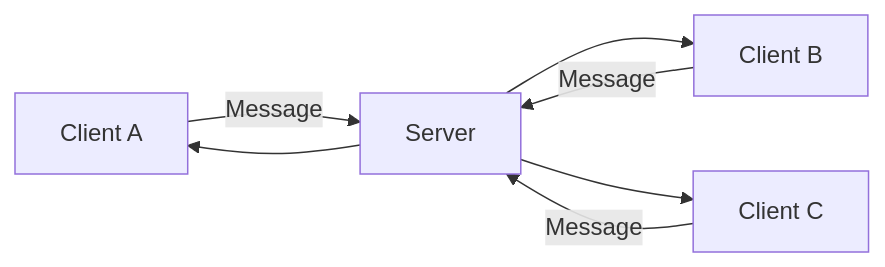
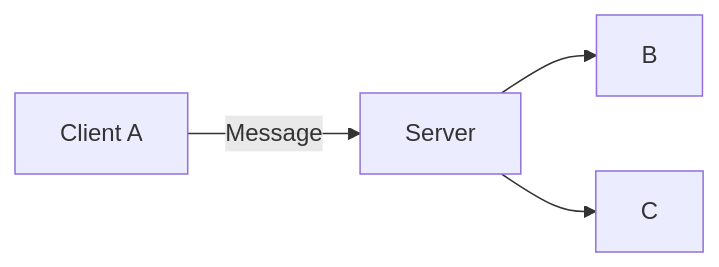
One commit to Summoner-Network/summoner-docs changed the diagram in guide_sdk/getting_started/quickstart/begin_server.md. Above: the diagram before and after it, drawn with Mermaid.

Commit message:
changed diagram

````diff
--- a/guide_sdk/getting_started/quickstart/begin_server.md
+++ b/guide_sdk/getting_started/quickstart/begin_server.md
@@ -176,9 +176,6 @@
 ```mermaid
 flowchart LR
     A[Client A] -->|Message| Server
-    B[Client B] -->|Message| Server
-    C[Client C] -->|Message| Server
-    Server --> A
     Server --> B
     Server --> C
 ```
````
